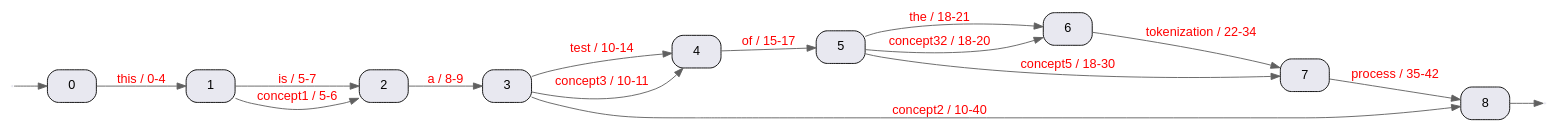
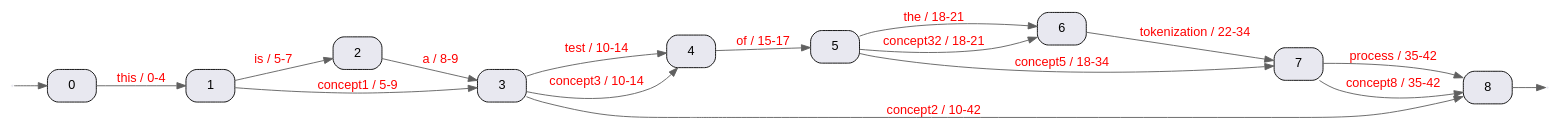
The diagram in graph.dot (structs-nl/AnnotateFilter), drawn with Graphviz before and after one commit. The commit also changed 2 other files, not shown here.

```diff
--- a/graph.dot
+++ b/graph.dot
@@ -1,33 +1,34 @@
 digraph tokens {
   graph [ fontsize=30 labelloc="t" label="" splines=true overlap=false rankdir = "LR" ];
   // A2 paper size
   size = "34.4,16.5";
   edge [ fontname="Helvetica" fontcolor="red" color="#606060" ]
   node [ style="filled" fillcolor="#e8e8f0" shape="Mrecord" fontname="Helvetica" ]
 
   0 [label="0"]
   -1 [shape=point color=white]
   -1 -> 0 []
   0 -> 1 [ label="this / 0-4"]
   1 [label="1"]
   1 -> 2 [ label="is / 5-7"]
-  1 -> 2 [ label="concept1 / 5-6"]
+  1 -> 3 [ label="concept1 / 5-9"]
   2 [label="2"]
   2 -> 3 [ label="a / 8-9"]
   3 [label="3"]
   3 -> 4 [ label="test / 10-14"]
-  3 -> 4 [ label="concept3 / 10-11"]
-  3 -> 8 [ label="concept2 / 10-40"]
+  3 -> 4 [ label="concept3 / 10-14"]
+  3 -> 8 [ label="concept2 / 10-42"]
   4 [label="4"]
   4 -> 5 [ label="of / 15-17"]
   5 [label="5"]
   5 -> 6 [ label="the / 18-21"]
-  5 -> 6 [ label="concept32 / 18-20"]
-  5 -> 7 [ label="concept5 / 18-30"]
+  5 -> 6 [ label="concept32 / 18-21"]
+  5 -> 7 [ label="concept5 / 18-34"]
   6 [label="6"]
   6 -> 7 [ label="tokenization / 22-34"]
   7 [label="7"]
   7 -> 8 [ label="process / 35-42"]
+  7 -> 8 [ label="concept8 / 35-42"]
   -2 [shape=point color=white]
   8 -> -2 []
 }
```
